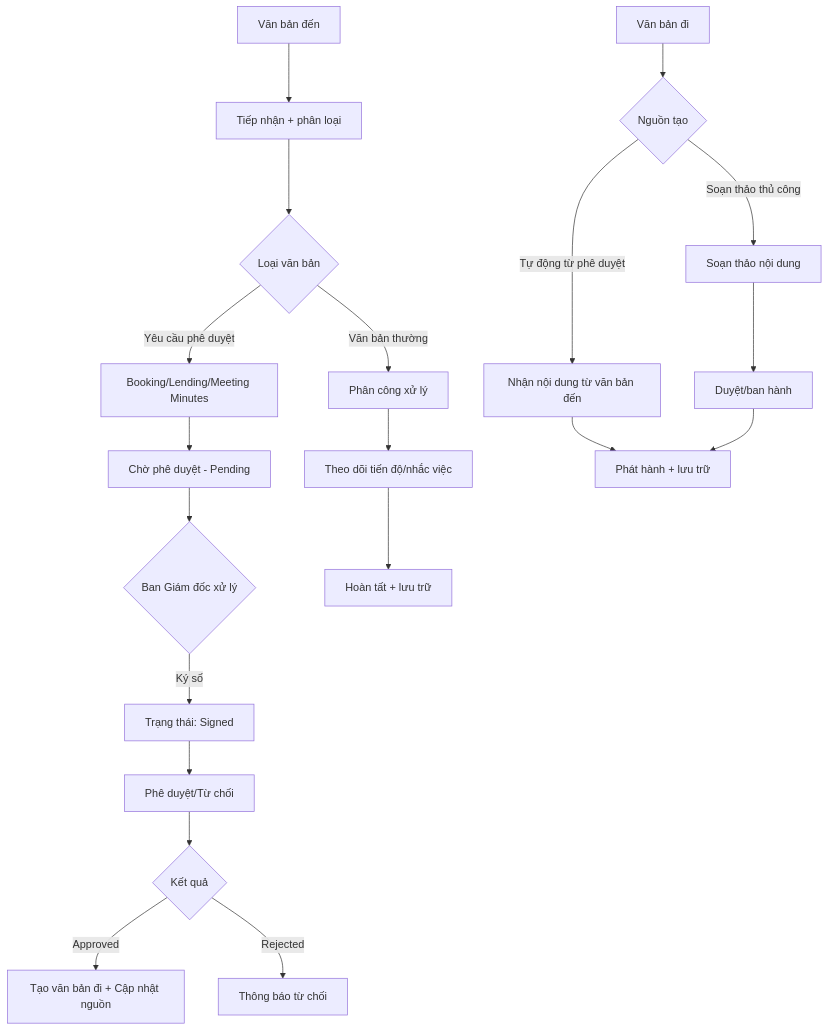
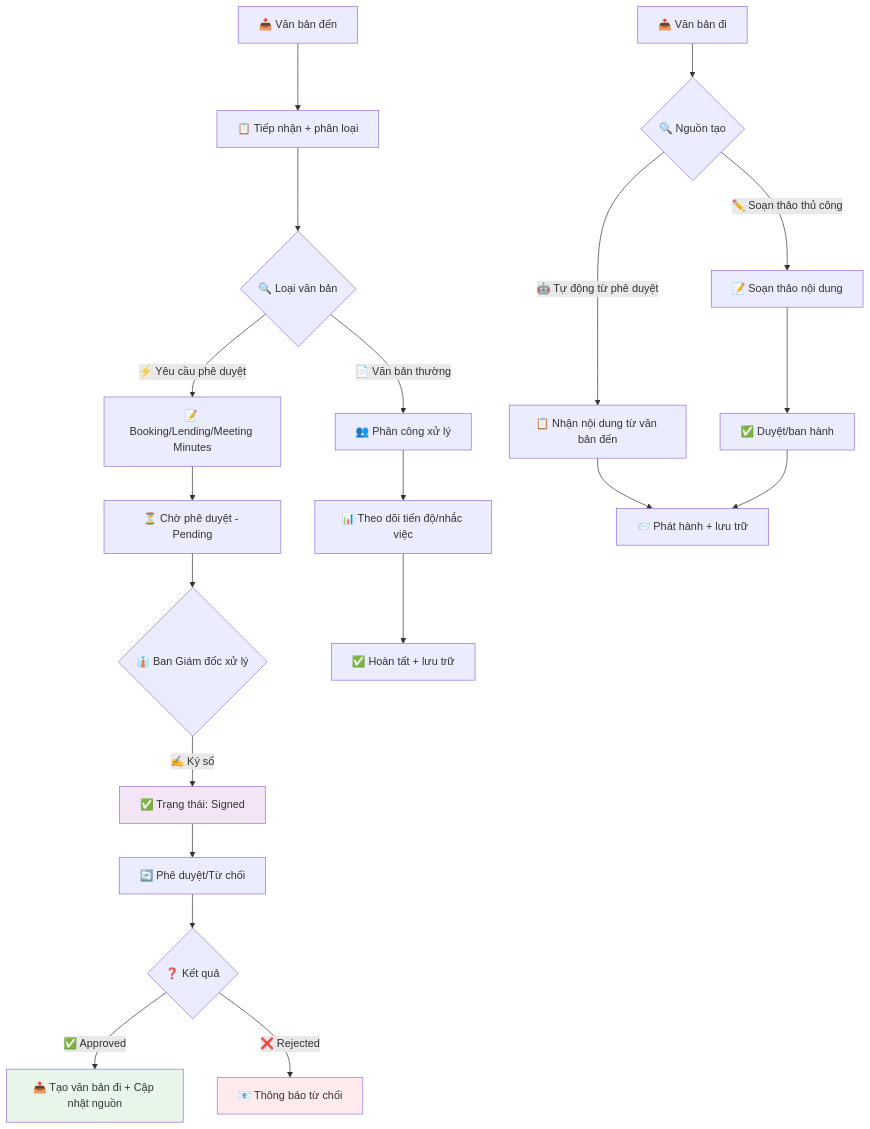
One commit to lamngoctuu18/TTDN-16-01-N6 changed the sixth of 11 diagrams in README.md. Above: the diagram before and after it, drawn with Mermaid. The commit also changed other lines of this file and 24 other files, not shown here.

````diff
--- a/README.md
+++ b/README.md
@@ -297,23 +483,27 @@
 ```mermaid
 flowchart TD
-    D1[Văn bản đến] --> D2[Tiếp nhận + phân loại]
-    D2 --> D3{Loại văn bản}
-    D3 -->|Yêu cầu phê duyệt| D4[Booking/Lending/Meeting Minutes]
-    D3 -->|Văn bản thường| D5[Phân công xử lý]
-    D4 --> D6[Chờ phê duyệt - Pending]
-    D6 --> D7{Ban Giám đốc xử lý}
-    D7 -->|Ký số| D8[Trạng thái: Signed]
-    D8 --> D9[Phê duyệt/Từ chối]
-    D9 --> D10{Kết quả}
-    D10 -->|Approved| D11[Tạo văn bản đi + Cập nhật nguồn]
-    D10 -->|Rejected| D12[Thông báo từ chối]
-    D5 --> D13[Theo dõi tiến độ/nhắc việc]
-    D13 --> D14[Hoàn tất + lưu trữ]
+    D1[📥 Văn bản đến] --> D2[📋 Tiếp nhận + phân loại]
+    D2 --> D3{🔍 Loại văn bản}
+    D3 -->|⚡ Yêu cầu phê duyệt| D4[📝 Booking/Lending/Meeting Minutes]
+    D3 -->|📄 Văn bản thường| D5[👥 Phân công xử lý]
+    D4 --> D6[⏳ Chờ phê duyệt - Pending]
+    D6 --> D7{👔 Ban Giám đốc xử lý}
+    D7 -->|✍️ Ký số| D8[✅ Trạng thái: Signed]
+    D8 --> D9[🔄 Phê duyệt/Từ chối]
+    D9 --> D10{❓ Kết quả}
+    D10 -->|✅ Approved| D11[📤 Tạo văn bản đi + Cập nhật nguồn]
+    D10 -->|❌ Rejected| D12[📧 Thông báo từ chối]
+    D5 --> D13[📊 Theo dõi tiến độ/nhắc việc]
+    D13 --> D14[✅ Hoàn tất + lưu trữ]
 
-    E1[Văn bản đi] --> E2{Nguồn tạo}
-    E2 -->|Tự động từ phê duyệt| E3[Nhận nội dung từ văn bản đến]
-    E2 -->|Soạn thảo thủ công| E4[Soạn thảo nội dung]
-    E3 --> E5[Phát hành + lưu trữ]
-    E4 --> E6[Duyệt/ban hành]
+    E1[📤 Văn bản đi] --> E2{🔍 Nguồn tạo}
+    E2 -->|🤖 Tự động từ phê duyệt| E3[📋 Nhận nội dung từ văn bản đến]
+    E2 -->|✏️ Soạn thảo thủ công| E4[📝 Soạn thảo nội dung]
+    E3 --> E5[📨 Phát hành + lưu trữ]
+    E4 --> E6[✅ Duyệt/ban hành]
     E6 --> E5
+    
+    style D8 fill:#f3e5f5
+    style D11 fill:#e8f5e9
+    style D12 fill:#ffebee
 ```
````
